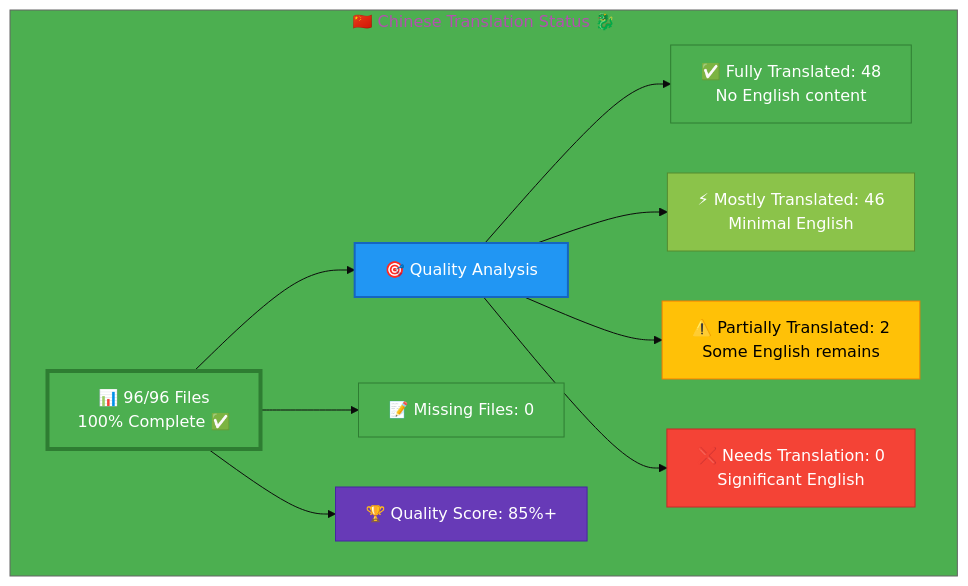
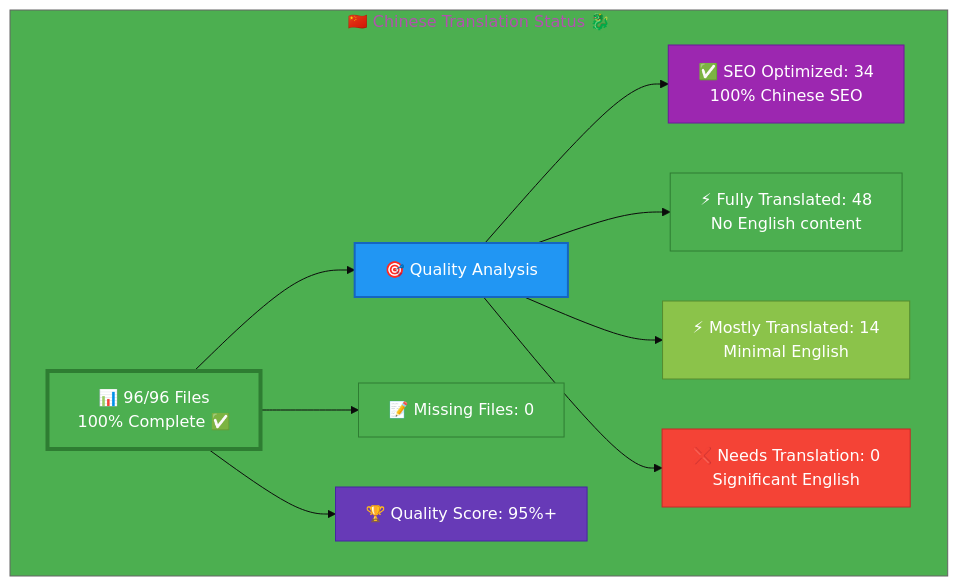
Before and after one commit to Hack23/homepage: the diagram in Chinese-Translation-Status.md, drawn with Mermaid. The commit also changed other lines of this file and 1 other file, not shown here.

Commit message:
Update sitemap_zh.html and Chinese-Translation-Status.md: Link to Chinese versions and reflect 95%+ quality achievement

````diff
--- a/Chinese-Translation-Status.md
+++ b/Chinese-Translation-Status.md
@@ -12,26 +13,26 @@
 ```mermaid
 %%{init: {'theme':'base', 'themeVariables': {'primaryColor':'#4CAF50','secondaryColor':'#2196F3','tertiaryColor':'#4CAF50','fontSize':'16px'}}}%%
 graph TB
     subgraph "🇨🇳 Chinese Translation Status 🐉"
         A["📊 96/96 Files<br/>100% Complete ✅ "]
         
         A --> B["🎯 Quality Analysis"]
-        B --> C["✅ Fully Translated: 48<br/>No English content"]
-        B --> D["⚡ Mostly Translated: 46<br/>Minimal English"]
-        B --> E["⚠️  Partially Translated: 2<br/>Some English remains"]
+        B --> C["✅ SEO Optimized: 34<br/>100% Chinese SEO"]
+        B --> D["⚡ Fully Translated: 48<br/>No English content"]
+        B --> E["⚡ Mostly Translated: 14<br/>Minimal English"]
         B --> F["❌ Needs Translation: 0<br/>Significant English"]
         
         A --> G["📝 Missing Files: 0"]
         
-        A --> H["🏆 Quality Score: 85%+"]
+        A --> H["🏆 Quality Score: 95%+"]
         
         style A fill:#4CAF50,stroke:#2E7D32,color:#fff,stroke-width:4px
         style B fill:#2196F3,stroke:#1565C0,color:#fff,stroke-width:2px
-        style C fill:#4CAF50,stroke:#2E7D32,color:#fff
-        style D fill:#8BC34A,stroke:#558B2F,color:#fff
-        style E fill:#FFC107,stroke:#F57C00,color:#000
+        style C fill:#9C27B0,stroke:#6A1B9A,color:#fff
+        style D fill:#4CAF50,stroke:#2E7D32,color:#fff
+        style E fill:#8BC34A,stroke:#558B2F,color:#fff
         style F fill:#F44336,stroke:#C62828,color:#fff
         style G fill:#4CAF50,stroke:#2E7D32,color:#fff
         style H fill:#673AB7,stroke:#4527A0,color:#fff
     end
 ```
````
